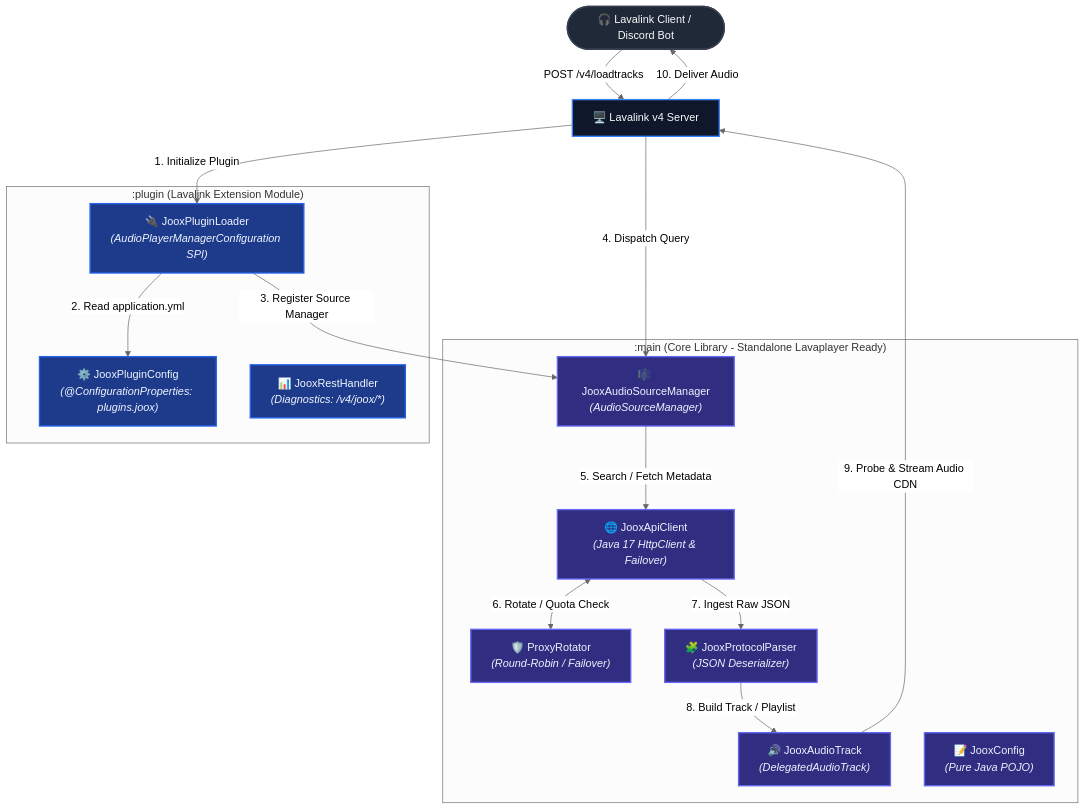
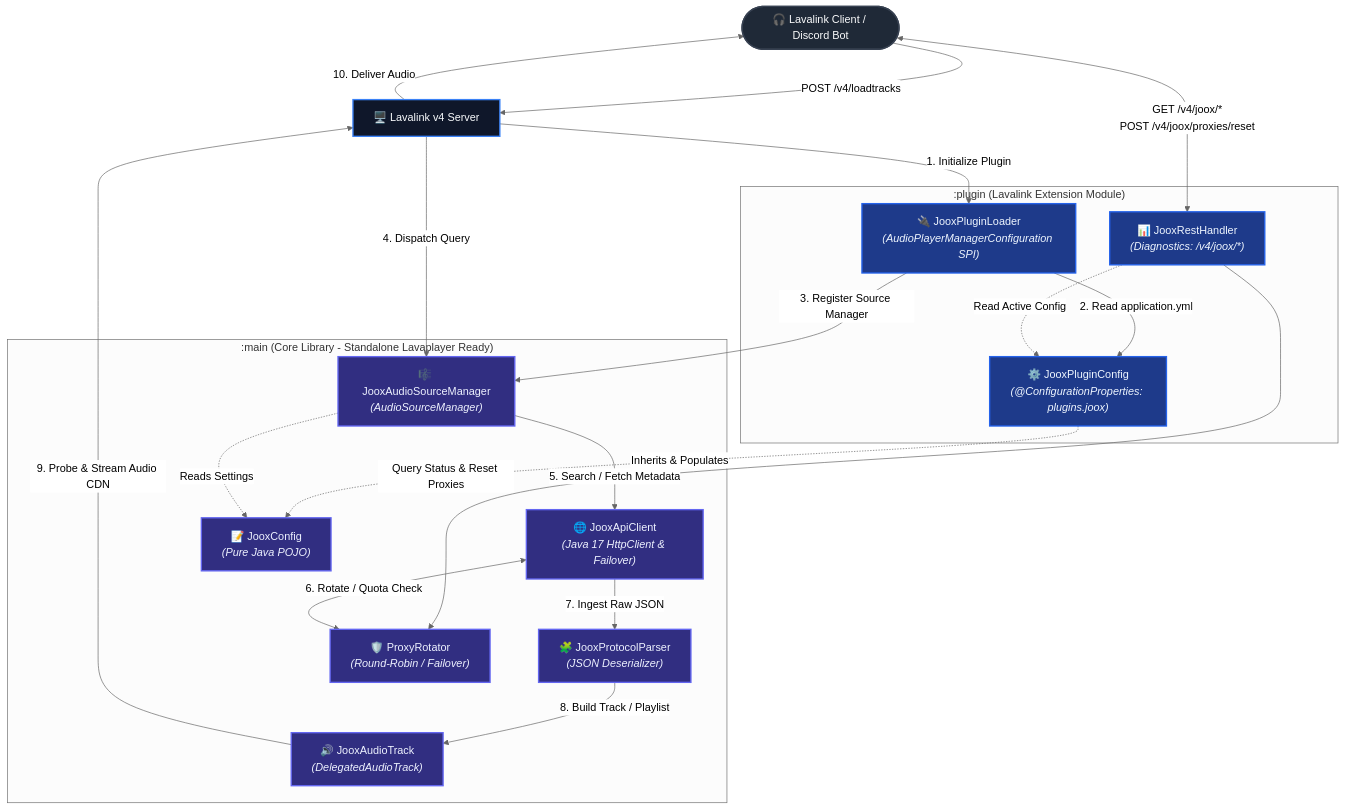
The first of 2 diagrams in README.md (PeterGamez/JooxSource), drawn with Mermaid (neutral theme) before and after one commit.

Commit message:
docs: update architecture flowchart in README to include REST API routes and config bindings

````diff
--- a/README.md
+++ b/README.md
@@ -13,41 +13,47 @@
 ```mermaid
 flowchart TD
     Client(["🎧 Lavalink Client / Discord Bot"]) -->|"POST /v4/loadtracks"| Lavalink["🖥️ Lavalink v4 Server"]
+    Client <-->|"GET /v4/joox/*<br/>POST /v4/joox/proxies/reset"| RestApi
 
     subgraph PluginModule [":plugin (Lavalink Extension Module)"]
         PluginLoader["🔌 JooxPluginLoader<br/><i>(AudioPlayerManagerConfiguration SPI)</i>"]
         PluginConfig["⚙️ JooxPluginConfig<br/><i>(@ConfigurationProperties: plugins.joox)</i>"]
         RestApi["📊 JooxRestHandler<br/><i>(Diagnostics: /v4/joox/*)</i>"]
     end
 
     subgraph CoreModule [":main (Core Library - Standalone Lavaplayer Ready)"]
         SourceManager["🎼 JooxAudioSourceManager<br/><i>(AudioSourceManager)</i>"]
         AudioTrack["🔊 JooxAudioTrack<br/><i>(DelegatedAudioTrack)</i>"]
         ApiClient["🌐 JooxApiClient<br/><i>(Java 17 HttpClient & Failover)</i>"]
         ProtocolParser["🧩 JooxProtocolParser<br/><i>(JSON Deserializer)</i>"]
         ProxyRotator["🛡️ ProxyRotator<br/><i>(Round-Robin / Failover)</i>"]
         CoreConfig["📝 JooxConfig<br/><i>(Pure Java POJO)</i>"]
     end
 
     Lavalink -->|"1. Initialize Plugin"| PluginLoader
     PluginLoader -->|"2. Read application.yml"| PluginConfig
+    PluginConfig -.->|"Inherits & Populates"| CoreConfig
     PluginLoader -->|"3. Register Source Manager"| SourceManager
+    SourceManager -.->|"Reads Settings"| CoreConfig
+
+    RestApi -->|"Query Status & Reset Proxies"| ProxyRotator
+    RestApi -.->|"Read Active Config"| PluginConfig
 
     Lavalink -->|"4. Dispatch Query"| SourceManager
     SourceManager -->|"5. Search / Fetch Metadata"| ApiClient
     ApiClient <-->|"6. Rotate / Quota Check"| ProxyRotator
     ApiClient -->|"7. Ingest Raw JSON"| ProtocolParser
     ProtocolParser -->|"8. Build Track / Playlist"| AudioTrack
     AudioTrack -->|"9. Probe & Stream Audio CDN"| Lavalink
     Lavalink -->|"10. Deliver Audio"| Client
 
     classDef clientNode fill:#1f2937,stroke:#374151,stroke-width:2px,color:#f9fafb;
     classDef serverNode fill:#0f172a,stroke:#3b82f6,stroke-width:2px,color:#f8fafc;
     classDef pluginNode fill:#1e3a8a,stroke:#2563eb,stroke-width:2px,color:#eff6ff;
     classDef coreNode fill:#312e81,stroke:#6366f1,stroke-width:2px,color:#eef2ff;
 
     class Client clientNode;
     class Lavalink serverNode;
     class PluginLoader,PluginConfig,RestApi pluginNode;
     class SourceManager,AudioTrack,ApiClient,ProtocolParser,ProxyRotator,CoreConfig coreNode;
 ```
````
